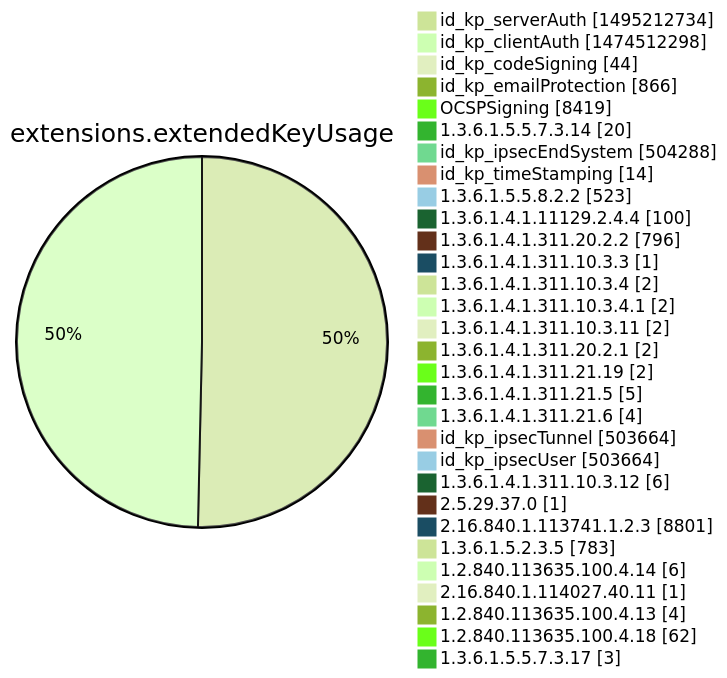
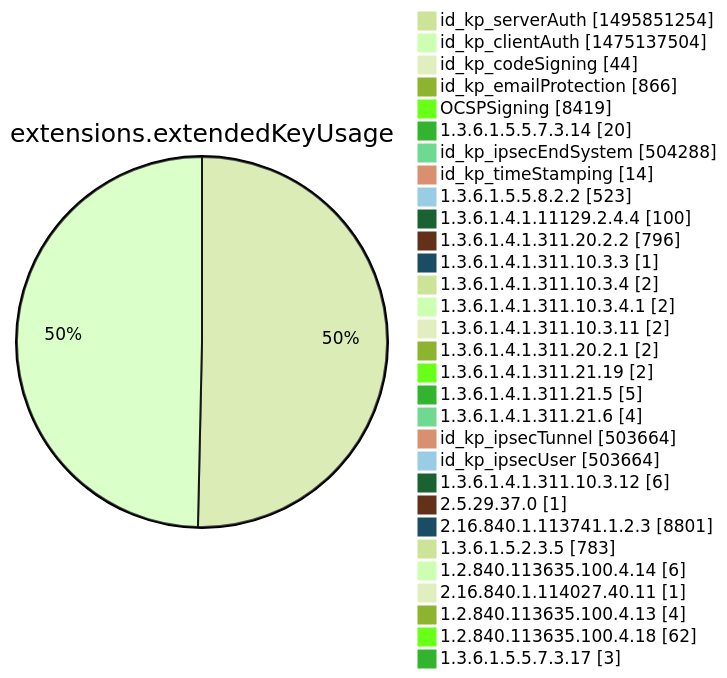
One commit to christiankrug/ctmonitor_visualization changed diagram 12 of 15 in argon2022/README.md. Above: the diagram before and after it, drawn with Mermaid (forest theme). The commit also changed other lines of this file, not shown here.

````diff
--- a/argon2022/README.md
+++ b/argon2022/README.md
@@ -3555,34 +3555,34 @@
 ```mermaid
 pie showData
 title extensions.extendedKeyUsage
-"id_kp_serverAuth" :1495212734
-"id_kp_clientAuth" :1474512298
+"id_kp_serverAuth" :1495851254
+"id_kp_clientAuth" :1475137504
 "id_kp_codeSigning" :44
 "id_kp_emailProtection" :866
 "OCSPSigning" :8419
 "1.3.6.1.5.5.7.3.14" :20
 "id_kp_ipsecEndSystem" :504288
 "id_kp_timeStamping" :14
 "1.3.6.1.5.5.8.2.2" :523
 "1.3.6.1.4.1.11129.2.4.4" :100
 "1.3.6.1.4.1.311.20.2.2" :796
 "1.3.6.1.4.1.311.10.3.3" :1
 "1.3.6.1.4.1.311.10.3.4" :2
 "1.3.6.1.4.1.311.10.3.4.1" :2
 "1.3.6.1.4.1.311.10.3.11" :2
 "1.3.6.1.4.1.311.20.2.1" :2
 "1.3.6.1.4.1.311.21.19" :2
 "1.3.6.1.4.1.311.21.5" :5
 "1.3.6.1.4.1.311.21.6" :4
 "id_kp_ipsecTunnel" :503664
 "id_kp_ipsecUser" :503664
 "1.3.6.1.4.1.311.10.3.12" :6
 "2.5.29.37.0" :1
 "2.16.840.1.113741.1.2.3" :8801
 "1.3.6.1.5.2.3.5" :783
 "1.2.840.113635.100.4.14" :6
 "2.16.840.1.114027.40.11" :1
 "1.2.840.113635.100.4.13" :4
 "1.2.840.113635.100.4.18" :62
 "1.3.6.1.5.5.7.3.17" :3
 ```
````
